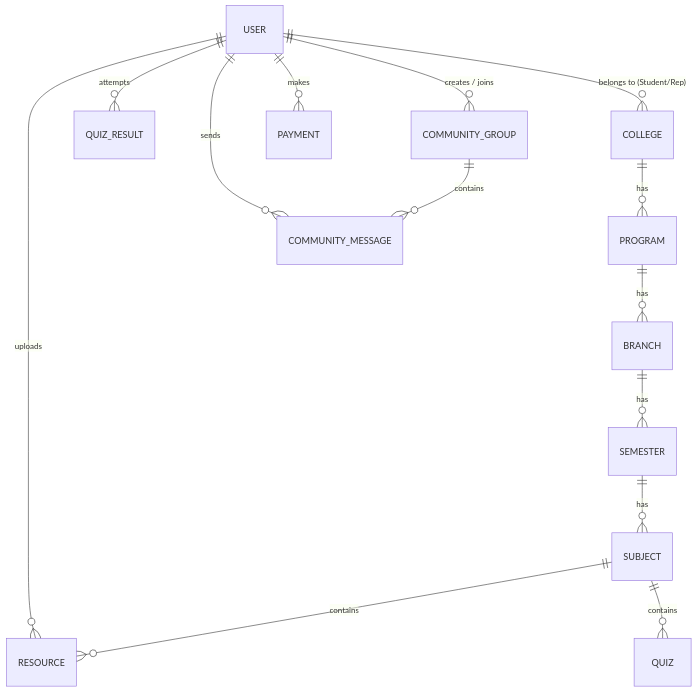
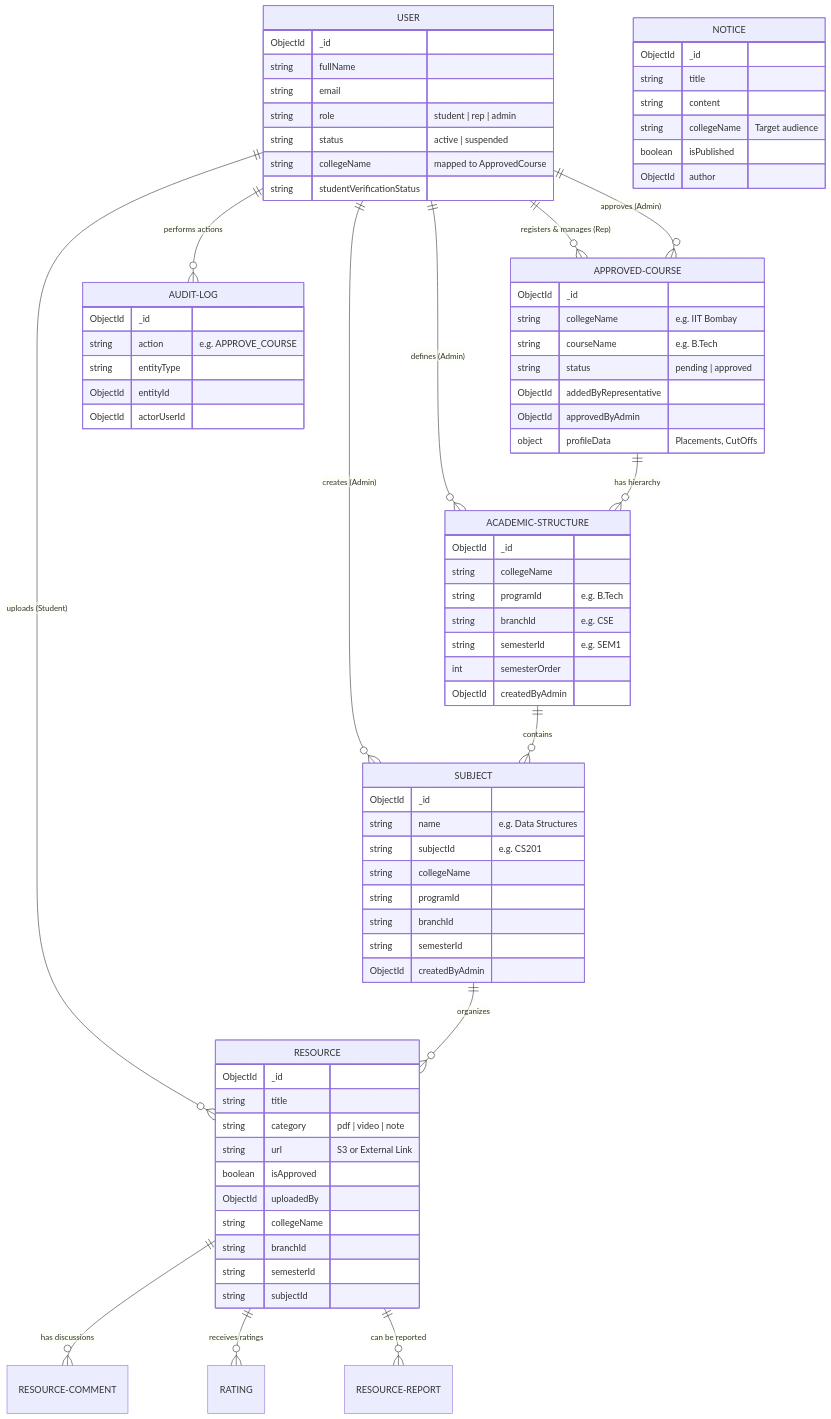
One commit to shibchandan/campus-knowledge-hub changed the diagram in docs/Database_Schema.md. Above: the diagram before and after it, drawn with Mermaid. The commit also changed other lines of this file and 1 other file, not shown here.

Commit message:
Docs: Add database schema ERD and architecture audit report

````diff
--- a/docs/Database_Schema.md
+++ b/docs/Database_Schema.md
@@ -60,19 +5,86 @@
 ```mermaid
 erDiagram
-    COLLEGE ||--o{ PROGRAM : has
-    PROGRAM ||--o{ BRANCH : has
-    BRANCH ||--o{ SEMESTER : has
-    SEMESTER ||--o{ SUBJECT : has
-    SUBJECT ||--o{ RESOURCE : contains
-    SUBJECT ||--o{ QUIZ : contains
+    USER ||--o{ APPROVED-COURSE : "registers & manages (Rep)"
+    USER ||--o{ APPROVED-COURSE : "approves (Admin)"
+    USER ||--o{ RESOURCE : "uploads (Student)"
+    USER ||--o{ ACADEMIC-STRUCTURE : "defines (Admin)"
+    USER ||--o{ SUBJECT : "creates (Admin)"
+    USER ||--o{ AUDIT-LOG : "performs actions"
 
-    USER ||--o{ COLLEGE : "belongs to (Student/Rep)"
-    USER ||--o{ RESOURCE : "uploads"
-    USER ||--o{ QUIZ_RESULT : "attempts"
-    
-    USER ||--o{ COMMUNITY_GROUP : "creates / joins"
-    COMMUNITY_GROUP ||--o{ COMMUNITY_MESSAGE : "contains"
-    USER ||--o{ COMMUNITY_MESSAGE : "sends"
-    
-    USER ||--o{ PAYMENT : "makes"
+    USER {
+        ObjectId _id
+        string fullName
+        string email
+        string role "student | rep | admin"
+        string status "active | suspended"
+        string collegeName "mapped to ApprovedCourse"
+        string studentVerificationStatus
+    }
+
+    APPROVED-COURSE ||--o{ ACADEMIC-STRUCTURE : "has hierarchy"
+    APPROVED-COURSE {
+        ObjectId _id
+        string collegeName "e.g. IIT Bombay"
+        string courseName "e.g. B.Tech"
+        string status "pending | approved"
+        ObjectId addedByRepresentative
+        ObjectId approvedByAdmin
+        object profileData "Placements, CutOffs"
+    }
+
+    ACADEMIC-STRUCTURE ||--o{ SUBJECT : "contains"
+    ACADEMIC-STRUCTURE {
+        ObjectId _id
+        string collegeName
+        string programId "e.g. B.Tech"
+        string branchId "e.g. CSE"
+        string semesterId "e.g. SEM1"
+        int semesterOrder
+        ObjectId createdByAdmin
+    }
+
+    SUBJECT ||--o{ RESOURCE : "organizes"
+    SUBJECT {
+        ObjectId _id
+        string name "e.g. Data Structures"
+        string subjectId "e.g. CS201"
+        string collegeName
+        string programId
+        string branchId
+        string semesterId
+        ObjectId createdByAdmin
+    }
+
+    RESOURCE ||--o{ RESOURCE-COMMENT : "has discussions"
+    RESOURCE ||--o{ RATING : "receives ratings"
+    RESOURCE ||--o{ RESOURCE-REPORT : "can be reported"
+    RESOURCE {
+        ObjectId _id
+        string title
+        string category "pdf | video | note"
+        string url "S3 or External Link"
+        boolean isApproved
+        ObjectId uploadedBy
+        string collegeName
+        string branchId
+        string semesterId
+        string subjectId
+    }
+
+    NOTICE {
+        ObjectId _id
+        string title
+        string content
+        string collegeName "Target audience"
+        boolean isPublished
+        ObjectId author
+    }
+
+    AUDIT-LOG {
+        ObjectId _id
+        string action "e.g. APPROVE_COURSE"
+        string entityType
+        ObjectId entityId
+        ObjectId actorUserId
+    }
 ```
````
